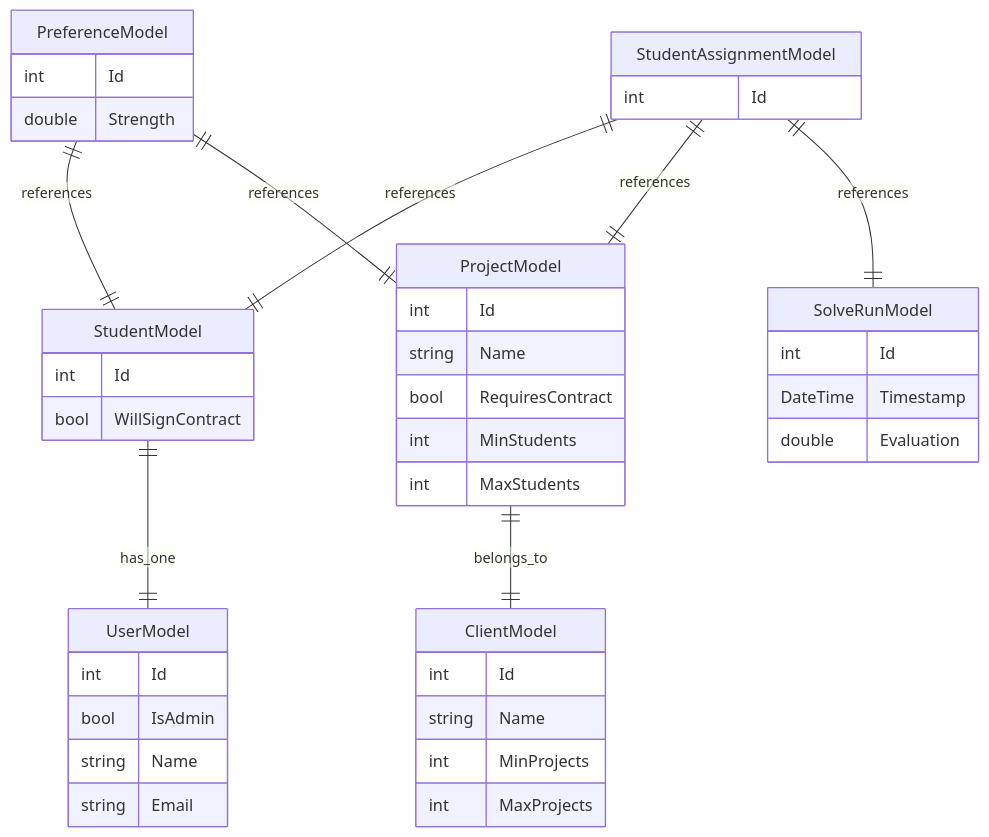
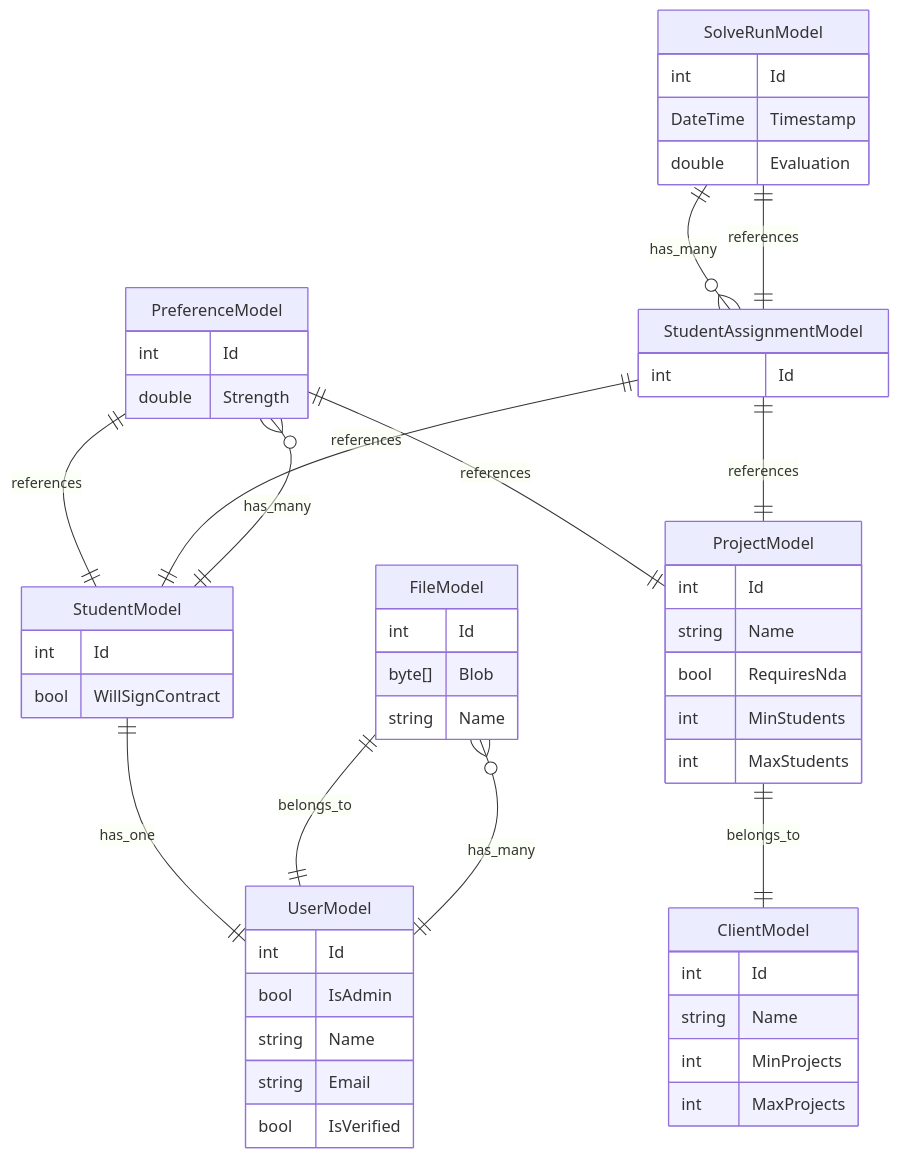
The diagram in README.md (OliverW10/group-allocator), drawn with Mermaid before and after one commit.

Commit message:
docs: updated erd (#63)

````diff
--- a/README.md
+++ b/README.md
@@ -22,52 +22,63 @@
 ```mermaid
 erDiagram
     ClientModel {
         int Id
         string Name
         int MinProjects
         int MaxProjects
     }
-    
+
+    FileModel {
+        int Id
+        byte[] Blob
+        string Name
+    }
+
     PreferenceModel {
         int Id
         double Strength
     }
     
     ProjectModel {
         int Id
         string Name
-        bool RequiresContract
+        bool RequiresNda
         int MinStudents
         int MaxStudents
     }
-    
+
     SolveRunModel {
         int Id
         DateTime Timestamp
         double Evaluation
     }
-    
+
     StudentAssignmentModel {
         int Id
     }
-    
+
     StudentModel {
         int Id
         bool WillSignContract
     }
-    
+
     UserModel {
         int Id
         bool IsAdmin
         string Name
         string Email
+        bool IsVerified
     }
-    
+
     ProjectModel ||--|| ClientModel : belongs_to
     PreferenceModel ||--|| StudentModel : references
     PreferenceModel ||--|| ProjectModel : references
     StudentAssignmentModel ||--|| StudentModel : references
     StudentAssignmentModel ||--|| ProjectModel : references
     StudentAssignmentModel ||--|| SolveRunModel : references
     StudentModel ||--|| UserModel : has_one
+    FileModel ||--|| UserModel : belongs_to
+    SolveRunModel ||--o{ StudentAssignmentModel : has_many
+    StudentModel ||--o{ PreferenceModel : has_many
+    UserModel ||--o{ FileModel : has_many
 ```
````
